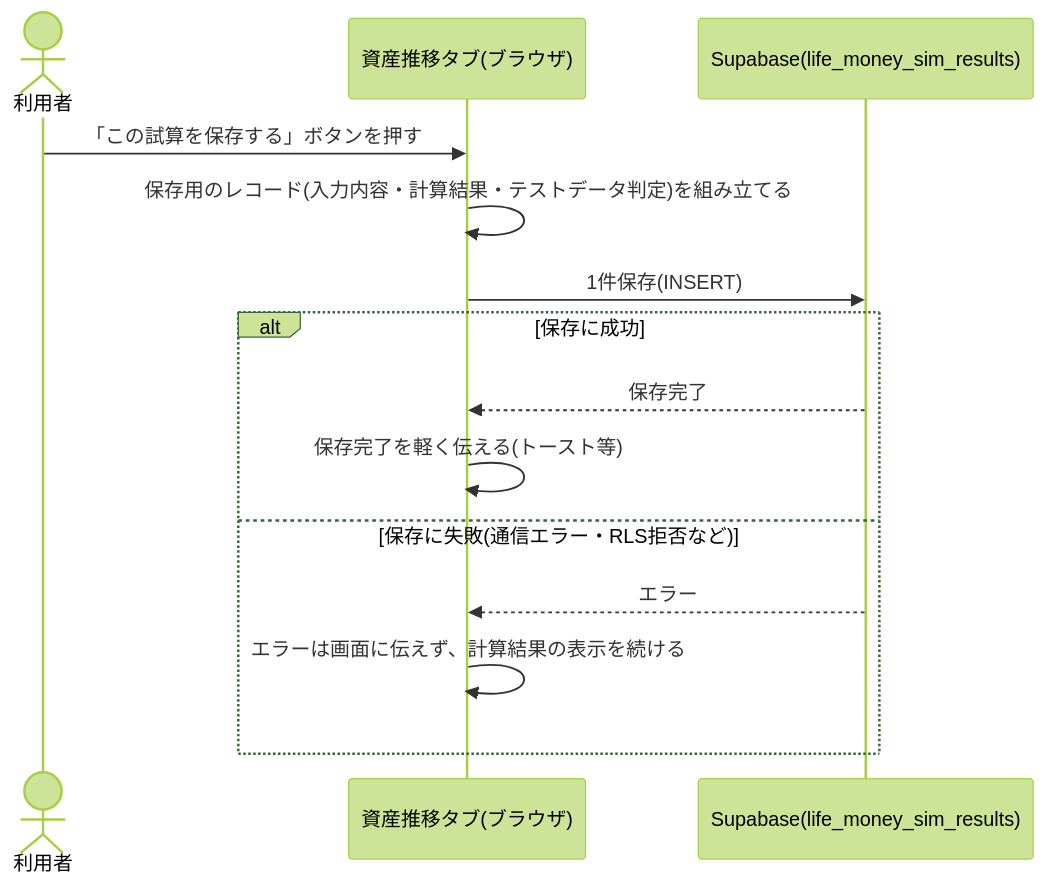
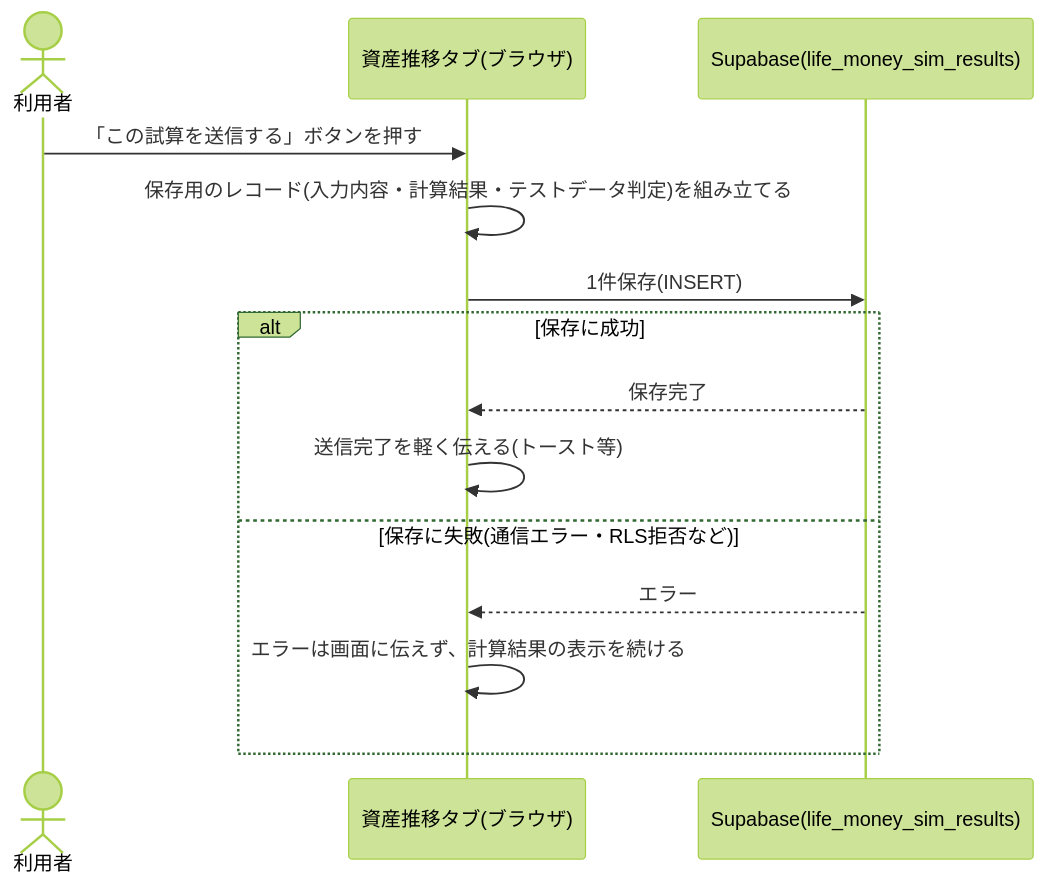
One commit to zakiyama0108/benriyatool changed the diagram in specs/life-money-sim/save-result/design.md. Above: the diagram before and after it, drawn with Mermaid (forest theme). The commit also changed other lines of this file and 6 other files, not shown here.

````diff
--- a/specs/life-money-sim/save-result/design.md
+++ b/specs/life-money-sim/save-result/design.md
@@ -22,17 +23,17 @@
 ```mermaid
 sequenceDiagram
     actor user as 利用者
     participant screen as 資産推移タブ(ブラウザ)
     participant db as Supabase(life_money_sim_results)
 
-    user ->> screen: 「この試算を保存する」ボタンを押す
+    user ->> screen: 「この試算を送信する」ボタンを押す
     screen ->> screen: 保存用のレコード(入力内容・計算結果・テストデータ判定)を組み立てる
     screen ->> db: 1件保存(INSERT)
     alt 保存に成功
         db -->> screen: 保存完了
-        screen ->> screen: 保存完了を軽く伝える(トースト等)
+        screen ->> screen: 送信完了を軽く伝える(トースト等)
     else 保存に失敗(通信エラー・RLS拒否など)
         db -->> screen: エラー
         screen ->> screen: エラーは画面に伝えず、計算結果の表示を続ける
     end
 ```
````
